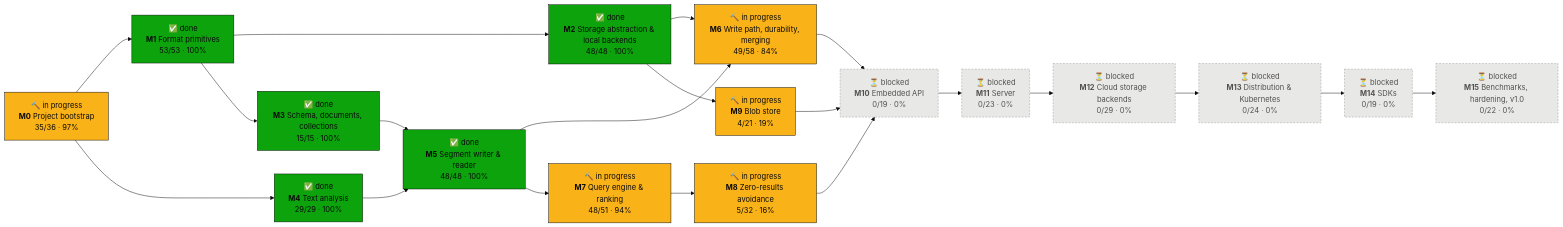
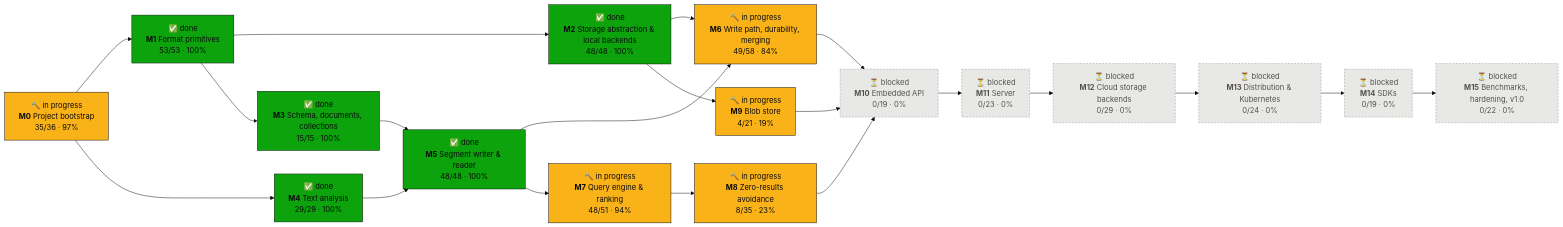
The first of 2 diagrams in PROGRESS.md (tomiok/persiaDB), drawn with Mermaid (base theme) before and after one commit. The commit also changed other lines of this file and 16 other files, not shown here.

First line of the commit message:
feat(engine): relaxed queries within QueryLimits (ROADMAP 8.1.8) (#88)

````diff
--- a/PROGRESS.md
+++ b/PROGRESS.md
@@ -16,42 +16,42 @@
 ```mermaid
 flowchart LR
   M0["🔨 in progress<br/><b>M0</b> Project bootstrap<br/>35/36 · 97%"]:::doing
   M1["✅ done<br/><b>M1</b> Format primitives<br/>53/53 · 100%"]:::done
   M2["✅ done<br/><b>M2</b> Storage abstraction & local backends<br/>48/48 · 100%"]:::done
   M3["✅ done<br/><b>M3</b> Schema, documents, collections<br/>15/15 · 100%"]:::done
   M4["✅ done<br/><b>M4</b> Text analysis<br/>29/29 · 100%"]:::done
   M5["✅ done<br/><b>M5</b> Segment writer & reader<br/>48/48 · 100%"]:::done
   M6["🔨 in progress<br/><b>M6</b> Write path, durability, merging<br/>49/58 · 84%"]:::doing
   M7["🔨 in progress<br/><b>M7</b> Query engine & ranking<br/>48/51 · 94%"]:::doing
-  M8["🔨 in progress<br/><b>M8</b> Zero-results avoidance<br/>5/32 · 16%"]:::doing
+  M8["🔨 in progress<br/><b>M8</b> Zero-results avoidance<br/>8/35 · 23%"]:::doing
   M9["🔨 in progress<br/><b>M9</b> Blob store<br/>4/21 · 19%"]:::doing
   M10["⏳ blocked<br/><b>M10</b> Embedded API<br/>0/19 · 0%"]:::blocked
   M11["⏳ blocked<br/><b>M11</b> Server<br/>0/23 · 0%"]:::blocked
   M12["⏳ blocked<br/><b>M12</b> Cloud storage backends<br/>0/29 · 0%"]:::blocked
   M13["⏳ blocked<br/><b>M13</b> Distribution & Kubernetes<br/>0/24 · 0%"]:::blocked
   M14["⏳ blocked<br/><b>M14</b> SDKs<br/>0/19 · 0%"]:::blocked
   M15["⏳ blocked<br/><b>M15</b> Benchmarks, hardening, v1.0<br/>0/22 · 0%"]:::blocked
   M0 --> M1
   M1 --> M2
   M1 --> M3
   M0 --> M4
   M3 --> M5
   M4 --> M5
   M2 --> M6
   M5 --> M6
   M5 --> M7
   M7 --> M8
   M2 --> M9
   M6 --> M10
   M8 --> M10
   M9 --> M10
   M10 --> M11
   M11 --> M12
   M12 --> M13
   M13 --> M14
   M14 --> M15
   classDef done fill:#0ca30c,stroke:#0b0b0b,color:#0b0b0b
   classDef doing fill:#fab219,stroke:#0b0b0b,color:#0b0b0b
   classDef ready fill:#fcfcfb,stroke:#0b0b0b,stroke-width:2px,color:#0b0b0b
   classDef blocked fill:#e8e8e6,stroke:#9a9a96,stroke-dasharray:4 3,color:#52514e
 ```
````
